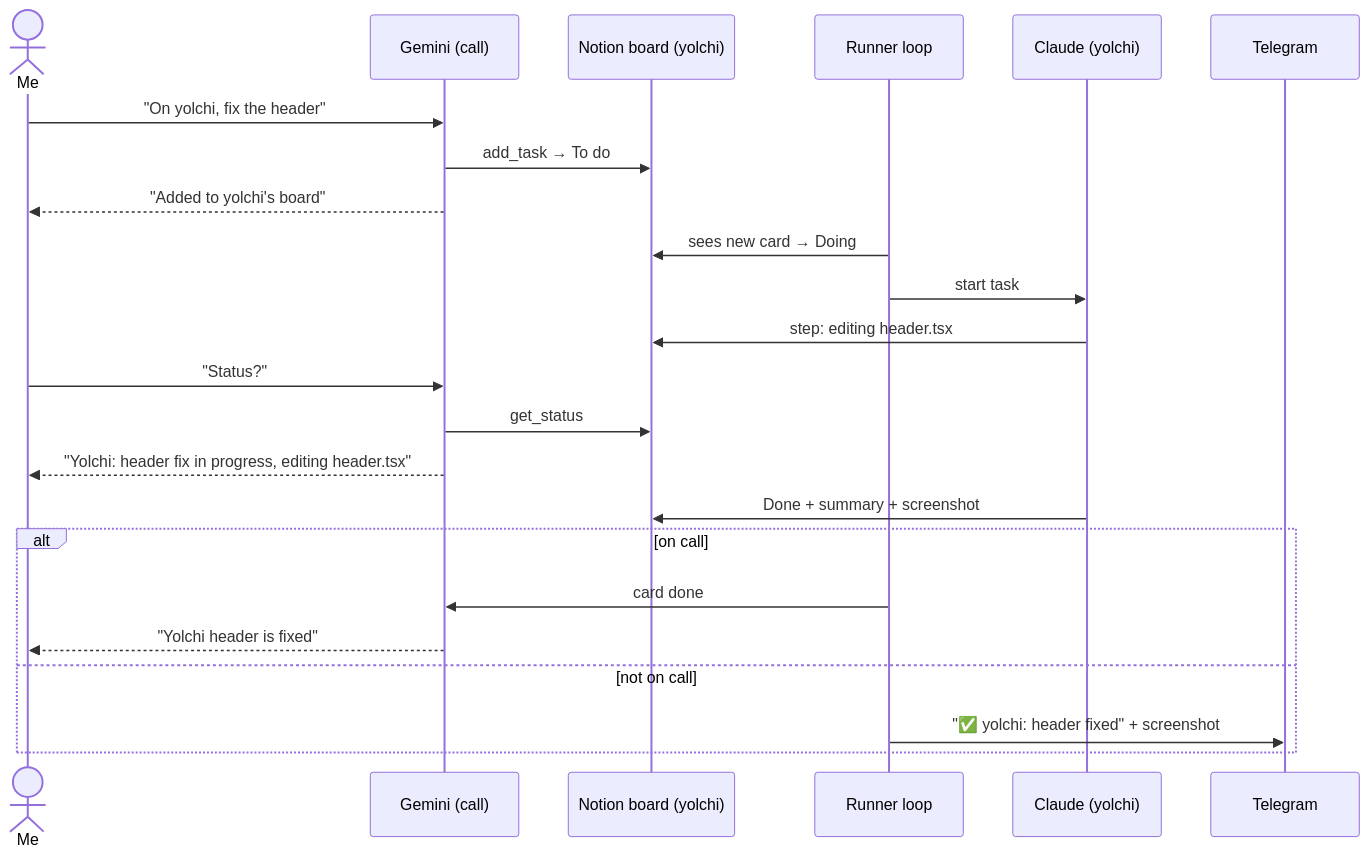
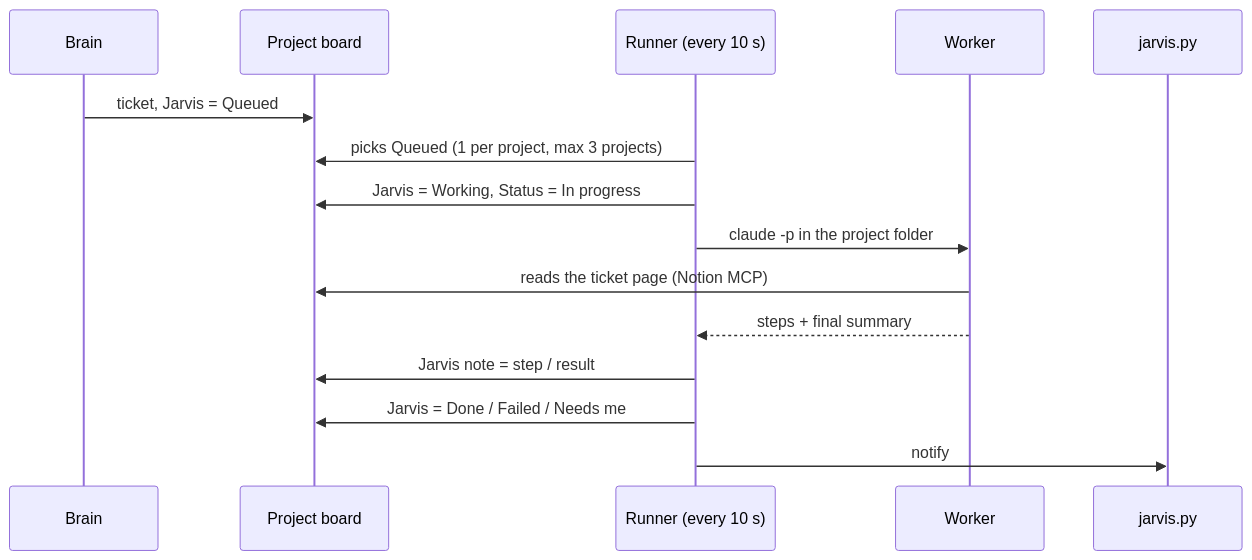
One commit to Sanjarbek17/jarvis_agent changed the second of 2 diagrams in docs/JARVIS_PLAN.md. Above: the diagram before and after it, drawn with Mermaid. The commit also changed other lines of this file, not shown here.

Commit message:
Rewrite plan doc as a short system-flow overview

````diff
--- a/docs/JARVIS_PLAN.md
+++ b/docs/JARVIS_PLAN.md
@@ -252,26 +46,17 @@
 ```mermaid
 sequenceDiagram
-    actor Me
-    participant G as Gemini (call)
-    participant B as Notion board (yolchi)
-    participant R as Runner loop
-    participant W as Claude (yolchi)
-    participant T as Telegram
-
-    Me->>G: "On yolchi, fix the header"
-    G->>B: add_task → To do
-    G-->>Me: "Added to yolchi's board"
-    R->>B: sees new card → Doing
-    R->>W: start task
-    W->>B: step: editing header.tsx
-    Me->>G: "Status?"
-    G->>B: get_status
-    G-->>Me: "Yolchi: header fix in progress, editing header.tsx"
-    W->>B: Done + summary + screenshot
-    alt on call
-        R->>G: card done
-        G-->>Me: "Yolchi header is fixed"
-    else not on call
-        R->>T: "✅ yolchi: header fixed" + screenshot
-    end
+    participant B as Brain
+    participant N as Project board
+    participant R as Runner (every 10 s)
+    participant W as Worker
+    participant J as jarvis.py
+    B->>N: ticket, Jarvis = Queued
+    R->>N: picks Queued (1 per project, max 3 projects)
+    R->>N: Jarvis = Working, Status = In progress
+    R->>W: claude -p in the project folder
+    W->>N: reads the ticket page (Notion MCP)
+    W-->>R: steps + final summary
+    R->>N: Jarvis note = step / result
+    R->>N: Jarvis = Done / Failed / Needs me
+    R->>J: notify
 ```
````
